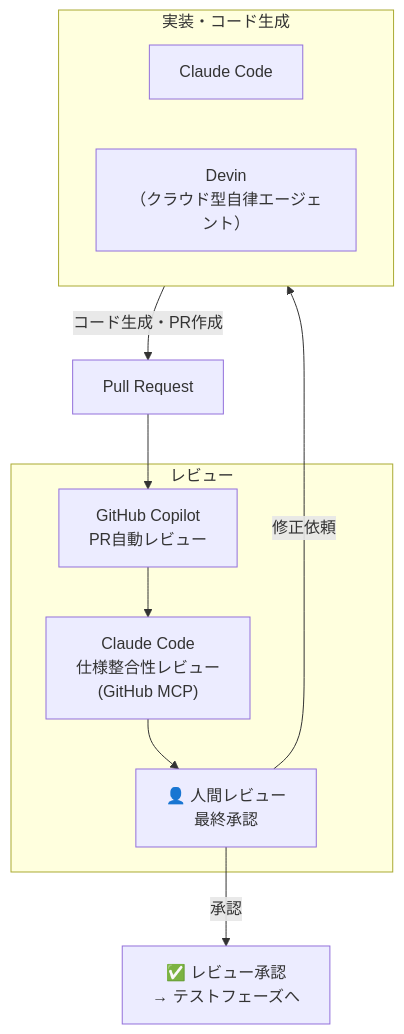
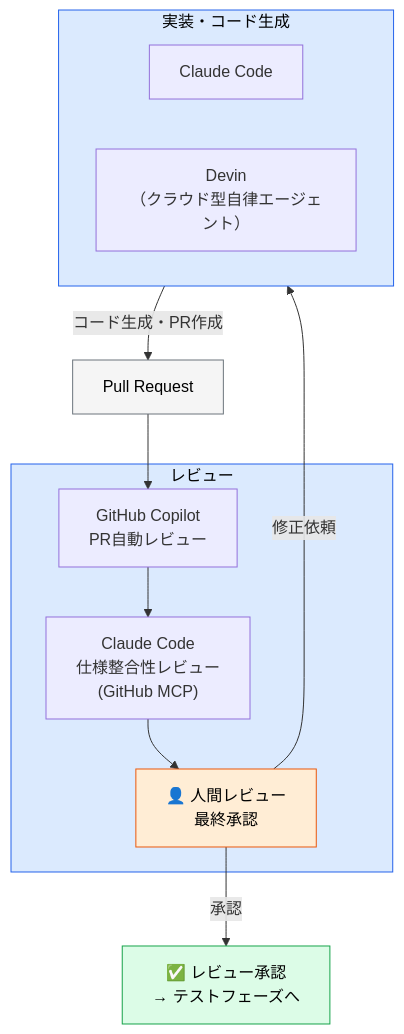
Before and after one commit to takuma39/ai: diagram 16 of 44 in AI駆動開発.md, drawn with Mermaid. The commit also changed other lines of this file, not shown here.

````diff
--- a/AI駆動開発.md
+++ b/AI駆動開発.md
@@ -568,24 +611,30 @@
 ```mermaid
 graph TD
     PR["Pull Request"]
 
     subgraph impl["実装・コード生成"]
         CC["Claude Code"]
         Devin["Devin<br/>（クラウド型自律エージェント）"]
     end
 
     subgraph review["レビュー"]
         Copilot["GitHub Copilot<br/>PR自動レビュー"]
         ClaudeRev["Claude Code<br/>仕様整合性レビュー<br/>(GitHub MCP)"]
         Human["👤 人間レビュー<br/>最終承認"]
     end
 
     Approved["✅ レビュー承認<br/>→ テストフェーズへ"]
 
     impl -->|"コード生成・PR作成"| PR
     PR --> Copilot
     Copilot --> ClaudeRev
     ClaudeRev --> Human
     Human -->|"承認"| Approved
     Human -->|"修正依頼"| impl
+
+    style PR fill:#f5f5f5,stroke:#6c757d,color:#000
+    style impl fill:#dbeafe,stroke:#2563eb,color:#000
+    style review fill:#dbeafe,stroke:#2563eb,color:#000
+    style Human fill:#ffedd5,stroke:#ea580c,color:#000
+    style Approved fill:#dcfce7,stroke:#16a34a,color:#000
 ```
````
